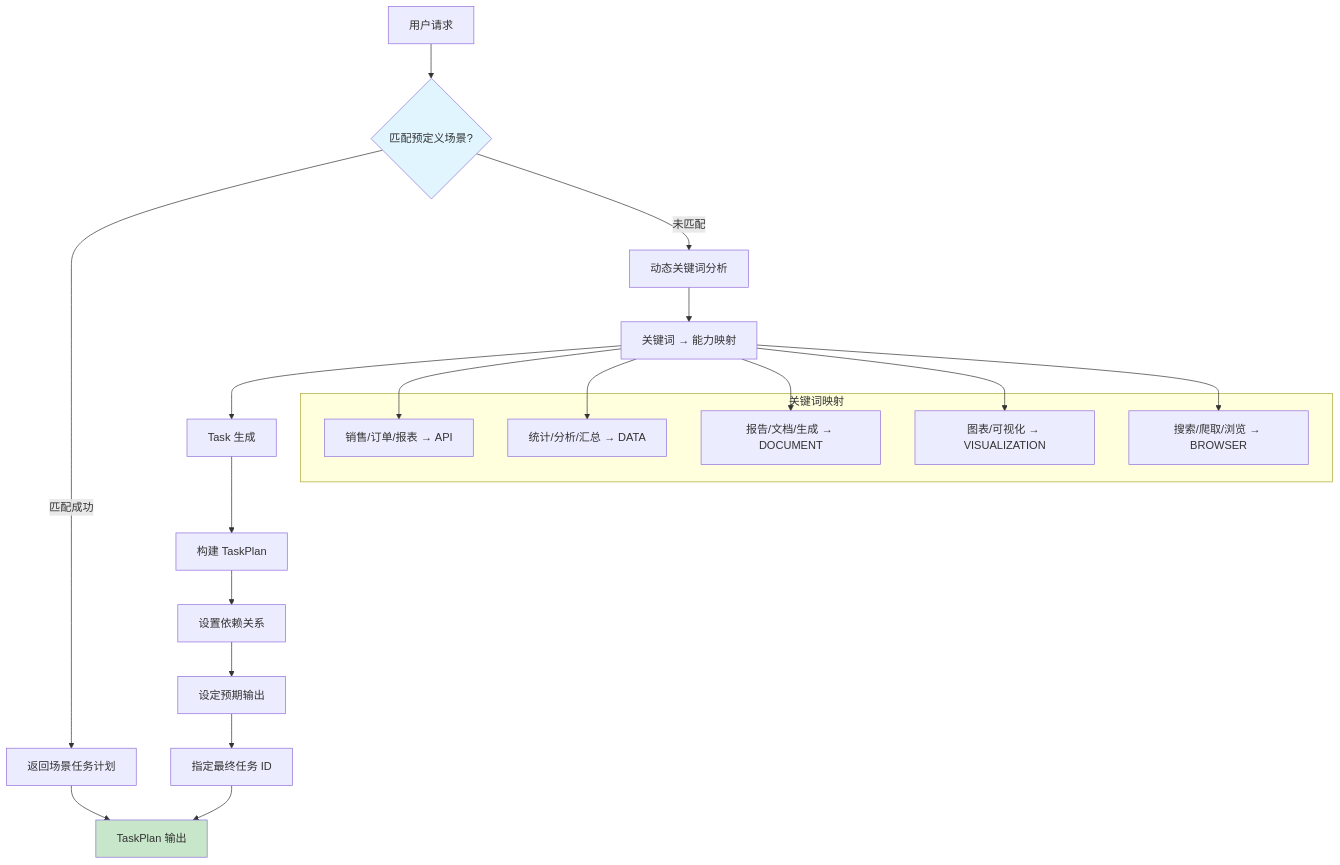
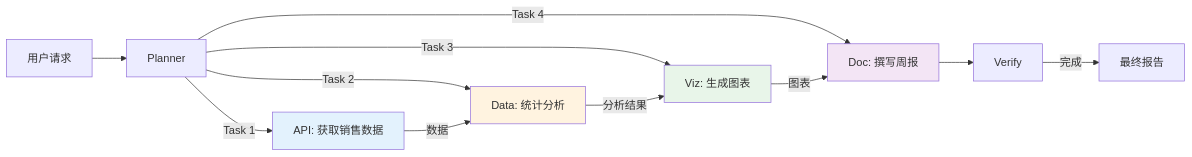
Before and after one commit to VincentGum/deep_eval_demo: diagram 12 of 15 in report/DeepEval.1.0.md, drawn with Mermaid. The commit also changed other lines of this file and 3 other files, not shown here.

````diff
--- a/report/DeepEval.1.0.md
+++ b/report/DeepEval.1.0.md
@@ -656,34 +531,21 @@
 ```mermaid
-flowchart TD
-    A[用户请求] --> B{匹配预定义场景?}
-    B -->|匹配成功| C[返回场景任务计划]
-    B -->|未匹配| D[动态关键词分析]
-    
-    D --> E[关键词 → 能力映射]
-    E --> F[Task 生成]
-    
-    F --> G[构建 TaskPlan]
-    G --> H[设置依赖关系]
-    H --> I[设定预期输出]
-    I --> J[指定最终任务 ID]
-    
-    C --> K[TaskPlan 输出]
-    J --> K
-    
-    subgraph 关键词映射
-        E1["销售/订单/报表 → API"]
-        E2["统计/分析/汇总 → DATA"]
-        E3["报告/文档/生成 → DOCUMENT"]
-        E4["图表/可视化 → VISUALIZATION"]
-        E5["搜索/爬取/浏览 → BROWSER"]
-    end
-    
-    E --> E1
-    E --> E2
-    E --> E3
-    E --> E4
-    E --> E5
-    
-    style B fill:#e1f5fe
-    style K fill:#c8e6c9
+flowchart LR
+    A[用户请求] --> P[Planner]
+
+    P -->|Task 1| B["API: 获取销售数据"]
+    P -->|Task 2| C["Data: 统计分析"]
+    P -->|Task 3| D["Viz: 生成图表"]
+    P -->|Task 4| E["Doc: 撰写周报"]
+
+    B -->|数据| C
+    C -->|分析结果| D
+    D -->|图表| E
+
+    E --> V[Verify]
+    V -->|完成| F[最终报告]
+
+    style B fill:#e3f2fd
+    style C fill:#fff3e0
+    style D fill:#e8f5e9
+    style E fill:#f3e5f5
 ```
````
